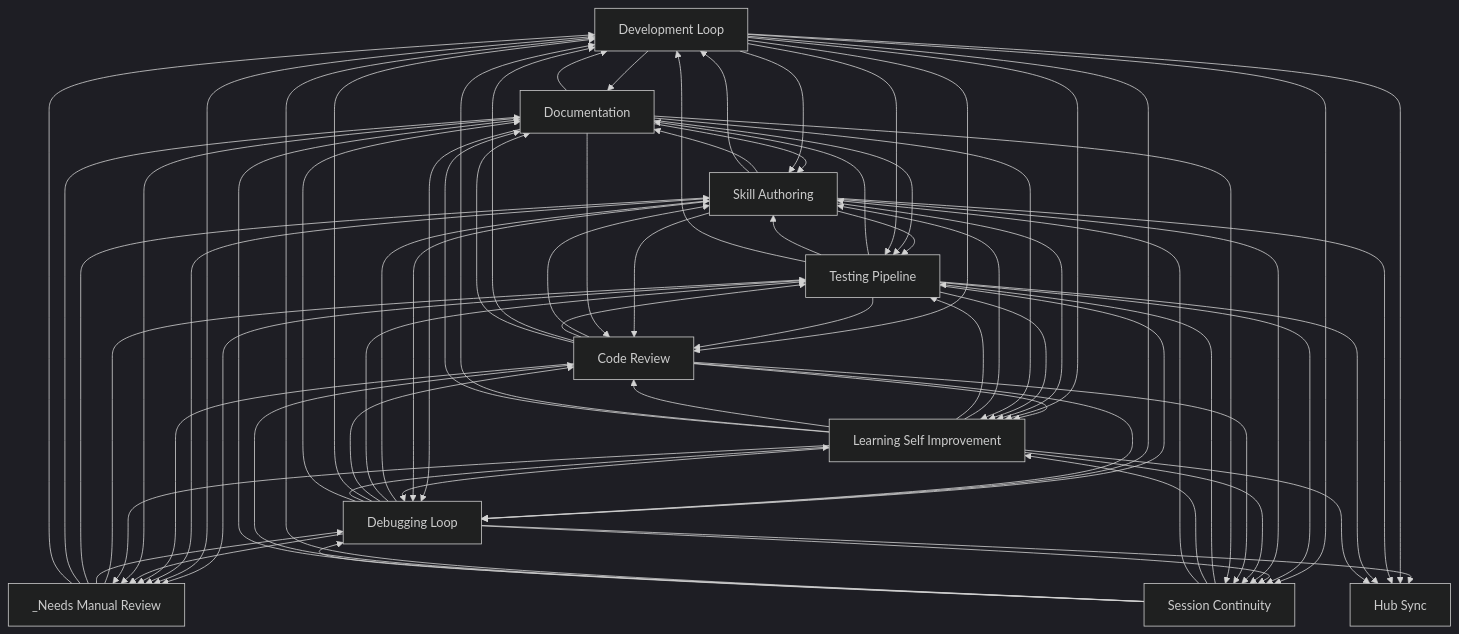
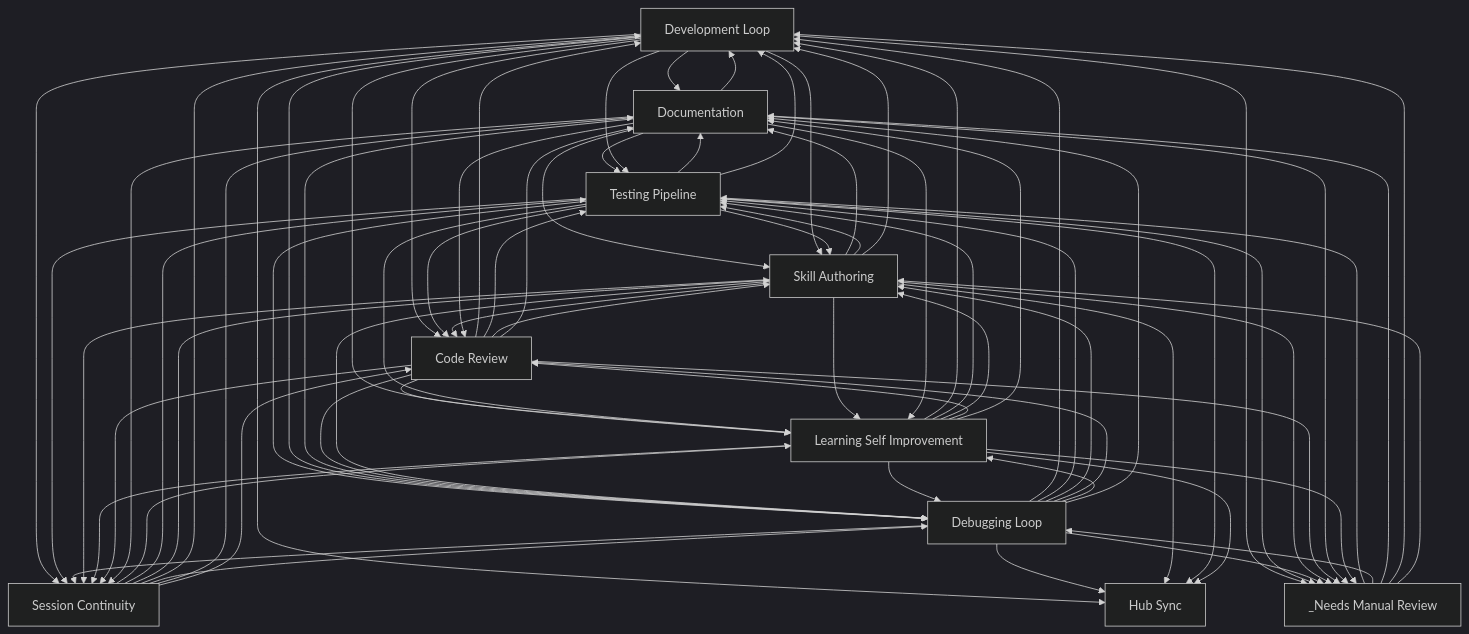
Before and after one commit to abhayla/claude-best-practices: the diagram in docs/workflows/INDEX.md, drawn with Mermaid (dark theme). The commit also changed other lines of this file and 12 other files, not shown here.

```diff
--- a/docs/workflows/INDEX.md
+++ b/docs/workflows/INDEX.md
@@ -31,43 +31,43 @@
     documentation[Documentation]
     hub_sync[Hub Sync]
     _needs_manual_review[_Needs Manual Review]
+    development_loop --> documentation
+    testing_pipeline --> documentation
     skill_authoring --> documentation
-    testing_pipeline --> documentation
-    development_loop --> documentation
+    documentation --> testing_pipeline
+    documentation --> skill_authoring
+    development_loop --> testing_pipeline
+    development_loop --> skill_authoring
+    testing_pipeline --> skill_authoring
     skill_authoring --> testing_pipeline
-    documentation --> skill_authoring
-    documentation --> testing_pipeline
-    testing_pipeline --> skill_authoring
-    development_loop --> skill_authoring
-    development_loop --> testing_pipeline
+    development_loop --> code_review
+    code_review --> development_loop
+    code_review --> testing_pipeline
     code_review --> skill_authoring
-    code_review --> testing_pipeline
-    code_review --> development_loop
-    development_loop --> code_review
+    development_loop --> learning_self_improvement
     code_review --> learning_self_improvement
-    development_loop --> learning_self_improvement
+    testing_pipeline --> development_loop
+    testing_pipeline --> debugging_loop
     testing_pipeline --> code_review
-    testing_pipeline --> debugging_loop
-    testing_pipeline --> development_loop
+    debugging_loop --> development_loop
+    debugging_loop --> testing_pipeline
     debugging_loop --> skill_authoring
-    debugging_loop --> testing_pipeline
     debugging_loop --> code_review
-    debugging_loop --> development_loop
     development_loop --> debugging_loop
     documentation --> development_loop
+    skill_authoring --> development_loop
     skill_authoring --> code_review
-    skill_authoring --> development_loop
+    testing_pipeline --> learning_self_improvement
     skill_authoring --> learning_self_improvement
-    testing_pipeline --> learning_self_improvement
+    development_loop --> _needs_manual_review
     testing_pipeline --> _needs_manual_review
-    development_loop --> _needs_manual_review
+    documentation --> debugging_loop
+    documentation --> code_review
     code_review --> debugging_loop
-    documentation --> code_review
-    documentation --> debugging_loop
     code_review --> documentation
+    development_loop --> session_continuity
+    session_continuity --> learning_self_improvement
     session_continuity --> testing_pipeline
-    session_continuity --> learning_self_improvement
-    development_loop --> session_continuity
     _needs_manual_review --> testing_pipeline
     testing_pipeline --> session_continuity
     debugging_loop --> learning_self_improvement
@@ -77,19 +77,19 @@
     skill_authoring --> session_continuity
     skill_authoring --> debugging_loop
     _needs_manual_review --> debugging_loop
+    learning_self_improvement --> development_loop
+    learning_self_improvement --> testing_pipeline
+    learning_self_improvement --> debugging_loop
     learning_self_improvement --> skill_authoring
-    learning_self_improvement --> testing_pipeline
     learning_self_improvement --> code_review
-    learning_self_improvement --> debugging_loop
-    learning_self_improvement --> development_loop
+    development_loop --> hub_sync
     debugging_loop --> hub_sync
-    development_loop --> hub_sync
+    debugging_loop --> _needs_manual_review
     skill_authoring --> _needs_manual_review
     code_review --> _needs_manual_review
-    debugging_loop --> _needs_manual_review
-    _needs_manual_review --> skill_authoring
     _needs_manual_review --> documentation
     _needs_manual_review --> development_loop
+    _needs_manual_review --> skill_authoring
     learning_self_improvement --> session_continuity
     code_review --> session_continuity
     documentation --> _needs_manual_review
@@ -97,8 +97,8 @@
     learning_self_improvement --> documentation
     session_continuity --> development_loop
     session_continuity --> debugging_loop
+    session_continuity --> documentation
     session_continuity --> code_review
-    session_continuity --> documentation
     skill_authoring --> hub_sync
     testing_pipeline --> hub_sync
     learning_self_improvement --> hub_sync
```
